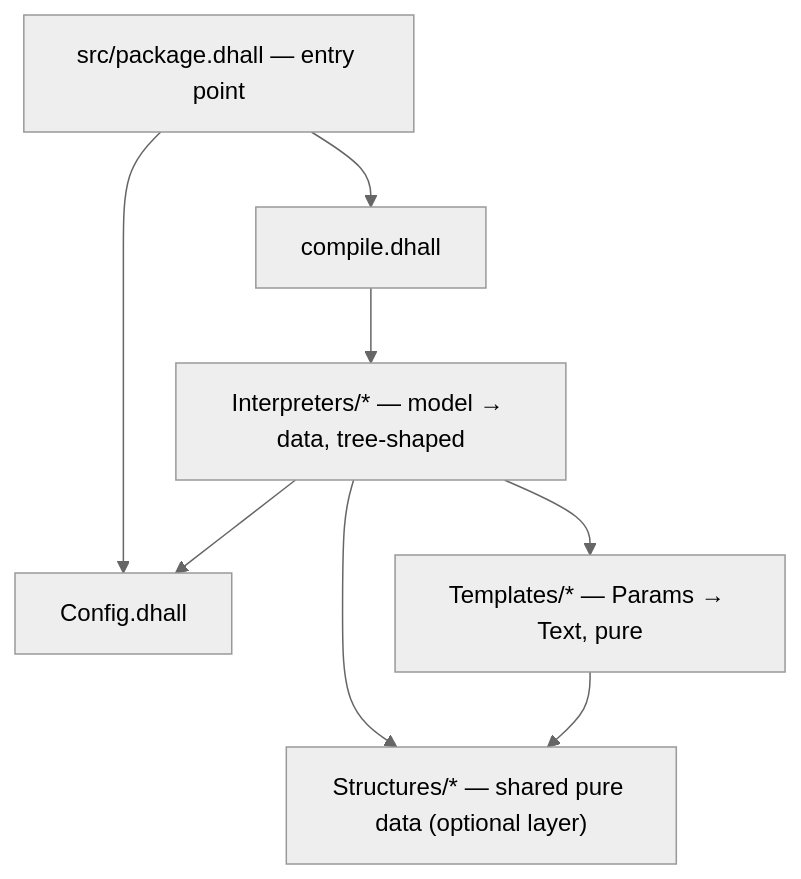
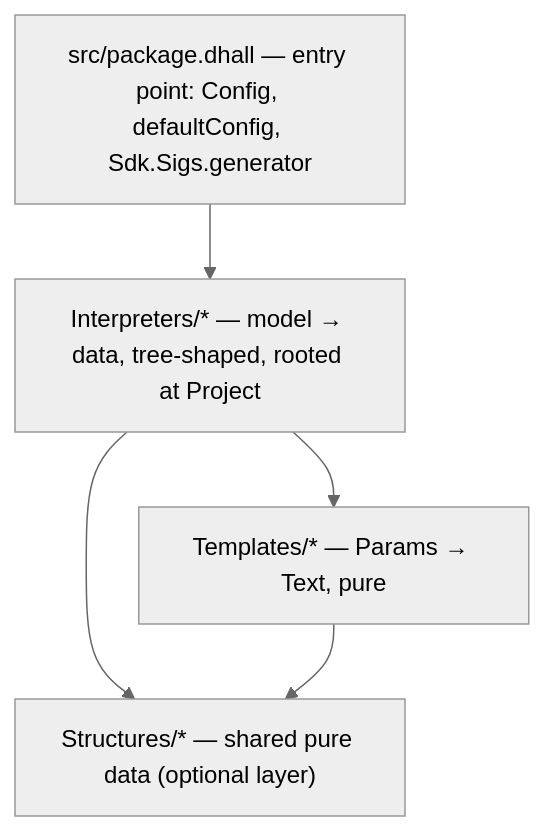
One commit to pgenie-io/gen-sdk changed the first of 2 diagrams in docs/generator-architecture.md. Above: the diagram before and after it, drawn with Mermaid (neutral theme). The commit also changed other lines of this file and 1 other file, not shown here.

````diff
--- a/docs/generator-architecture.md
+++ b/docs/generator-architecture.md
@@ -43,10 +42,7 @@
 ```mermaid
 flowchart TD
-    package["src/package.dhall — entry point"] --> compile["compile.dhall"]
-    package --> Config["Config.dhall"]
-    compile --> Interpreters["Interpreters/* — model → data, tree-shaped"]
-    Interpreters --> Config
+    package["src/package.dhall — entry point: Config, defaultConfig, Sdk.Sigs.generator"] --> Interpreters["Interpreters/* — model → data, tree-shaped, rooted at Project"]
     Interpreters --> Templates["Templates/* — Params → Text, pure"]
     Interpreters --> Structures["Structures/* — shared pure data (optional layer)"]
     Templates --> Structures
 ```
````
